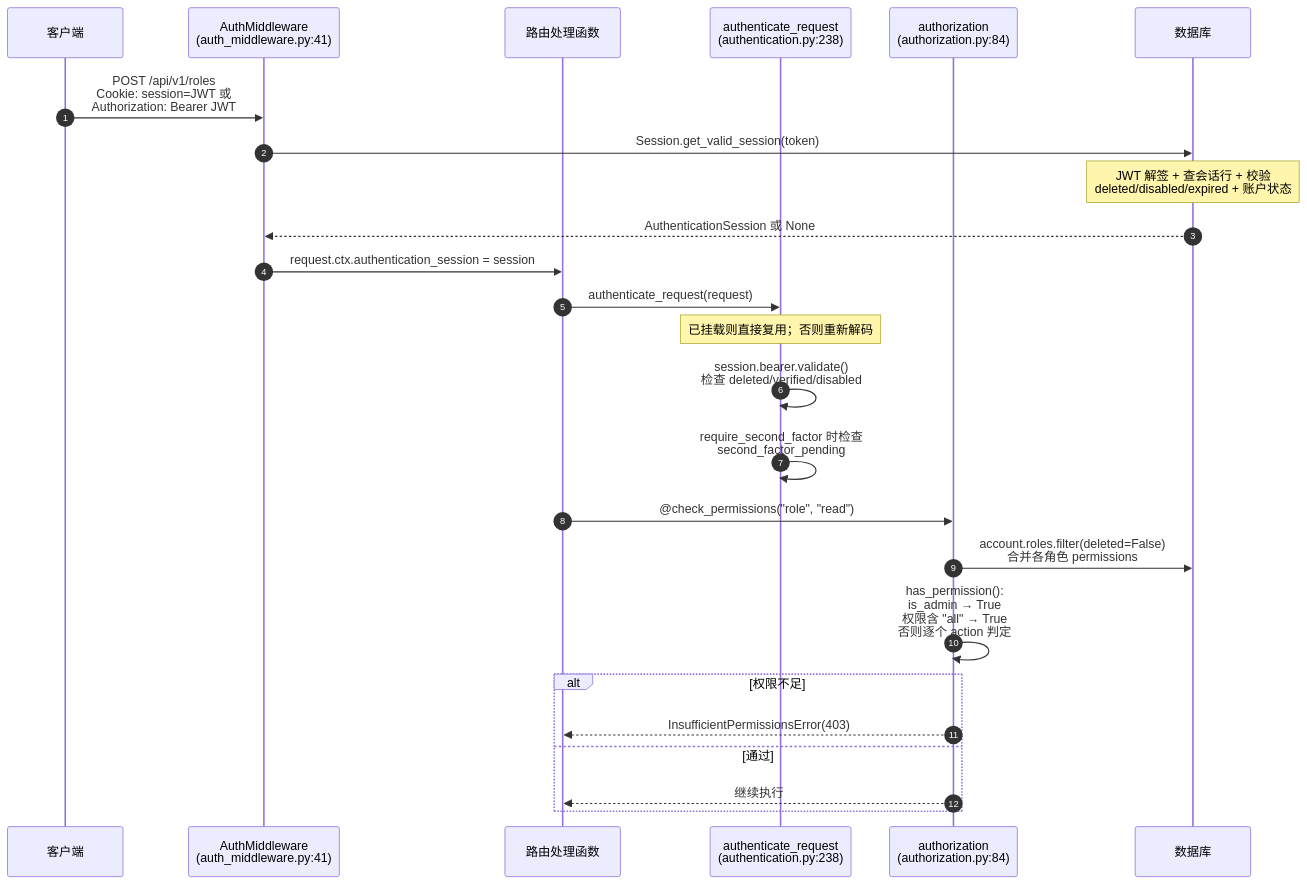
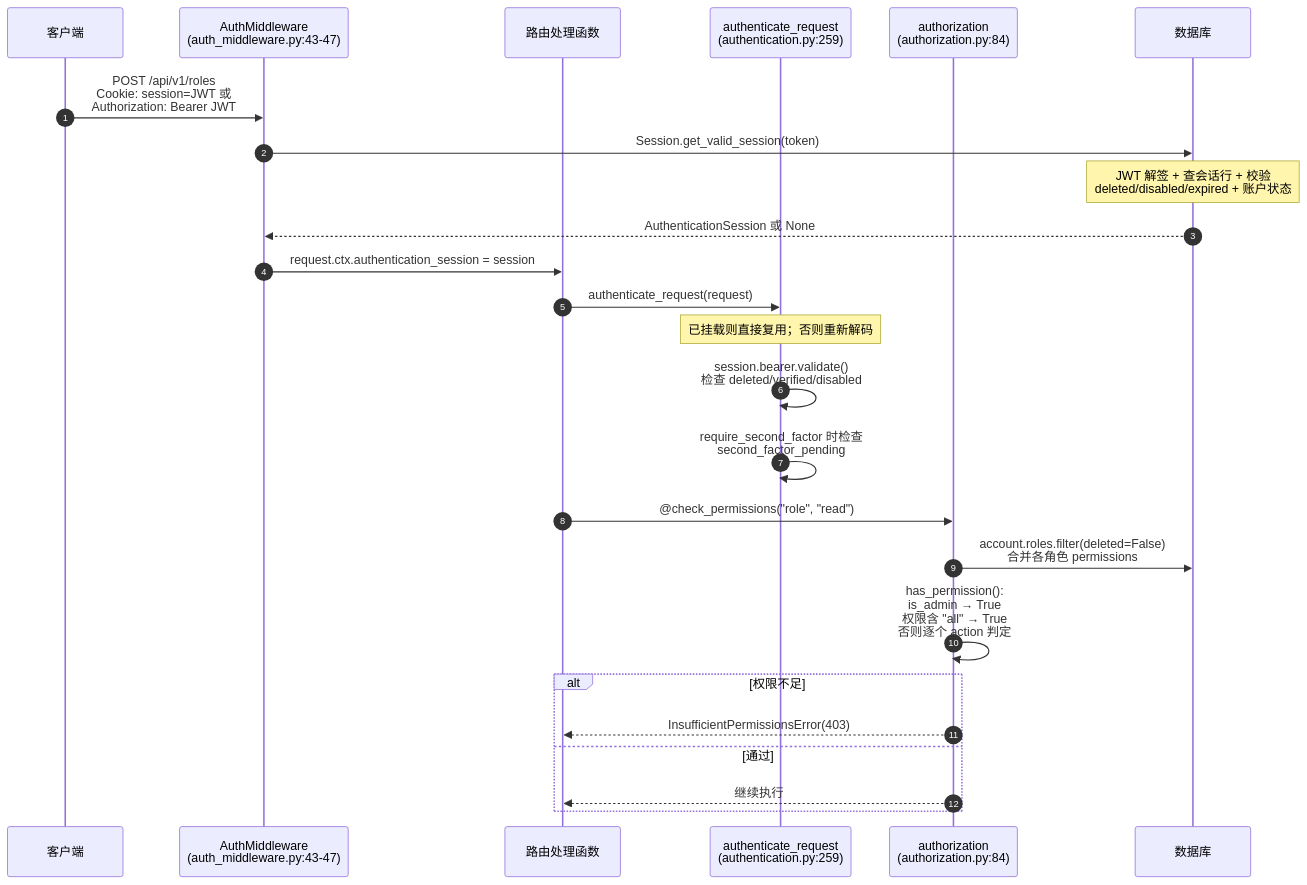
Before and after one commit to A-Corner/Sanic-Admin: the third of 3 diagrams in docs/architecture.md, drawn with Mermaid. The commit also changed other lines of this file, not shown here.

````diff
--- a/docs/architecture.md
+++ b/docs/architecture.md
@@ -389,30 +397,30 @@
 ```mermaid
 sequenceDiagram
     autonumber
     participant C as 客户端
-    participant MW as AuthMiddleware<br/>(auth_middleware.py:41)
+    participant MW as AuthMiddleware<br/>(auth_middleware.py:43-47)
     participant H as 路由处理函数
-    participant AU as authenticate_request<br/>(authentication.py:238)
+    participant AU as authenticate_request<br/>(authentication.py:259)
     participant AUZ as authorization<br/>(authorization.py:84)
     participant DB as 数据库
 
     C->>MW: POST /api/v1/roles<br/>Cookie: session=JWT 或<br/>Authorization: Bearer JWT
     MW->>DB: Session.get_valid_session(token)
     Note over DB: JWT 解签 + 查会话行 + 校验<br/>deleted/disabled/expired + 账户状态
     DB-->>MW: AuthenticationSession 或 None
     MW->>H: request.ctx.authentication_session = session
 
     H->>AU: authenticate_request(request)
     Note over AU: 已挂载则直接复用；否则重新解码
     AU->>AU: session.bearer.validate()<br/>检查 deleted/verified/disabled
     AU->>AU: require_second_factor 时检查<br/>second_factor_pending
 
     H->>AUZ: @check_permissions("role", "read")
     AUZ->>DB: account.roles.filter(deleted=False)<br/>合并各角色 permissions
     AUZ->>AUZ: has_permission():<br/>is_admin → True<br/>权限含 "all" → True<br/>否则逐个 action 判定
     alt 权限不足
         AUZ-->>H: InsufficientPermissionsError(403)
     else 通过
         AUZ-->>H: 继续执行
     end
 ```
````
